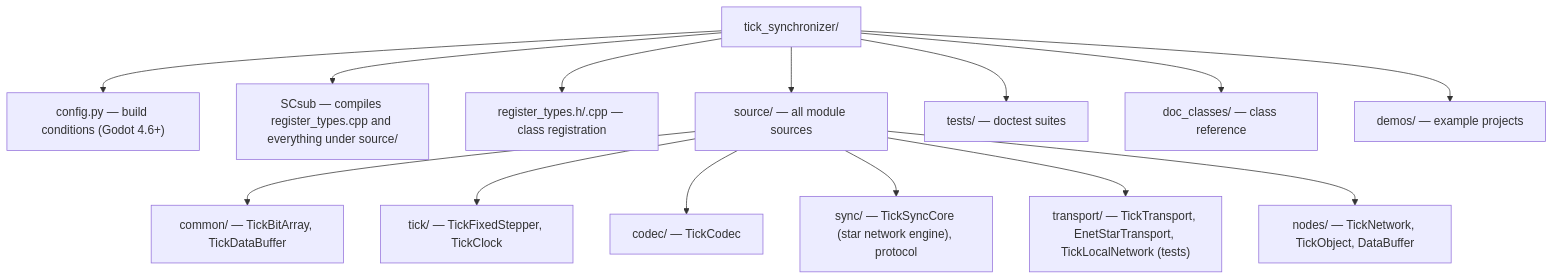
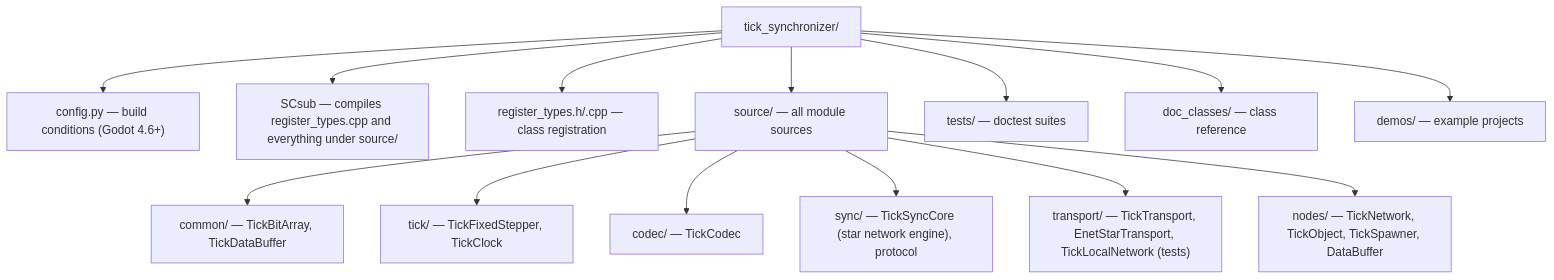
One commit to Malkverbena/TickSynchronizer changed the second of 2 diagrams in README.md. Above: the diagram before and after it, drawn with Mermaid. The commit also changed other lines of this file and 20 other files, not shown here.

````diff
--- a/README.md
+++ b/README.md
@@ -138,16 +152,16 @@
 ```mermaid
 flowchart TB
     m["tick_synchronizer/"] --> cfg["config.py — build conditions (Godot 4.6+)"]
     m --> scsub["SCsub — compiles register_types.cpp and everything under source/"]
     m --> reg["register_types.h/.cpp — class registration"]
     m --> src["source/ — all module sources"]
     src --> common["common/ — TickBitArray, TickDataBuffer"]
     src --> tick["tick/ — TickFixedStepper, TickClock"]
     src --> codec["codec/ — TickCodec"]
     src --> sync["sync/ — TickSyncCore (star network engine), protocol"]
     src --> transport["transport/ — TickTransport, EnetStarTransport, TickLocalNetwork (tests)"]
-    src --> nodes["nodes/ — TickNetwork, TickObject, DataBuffer"]
+    src --> nodes["nodes/ — TickNetwork, TickObject, TickSpawner, DataBuffer"]
     m --> tests["tests/ — doctest suites"]
     m --> docs["doc_classes/ — class reference"]
     m --> demos["demos/ — example projects"]
 ```
````
